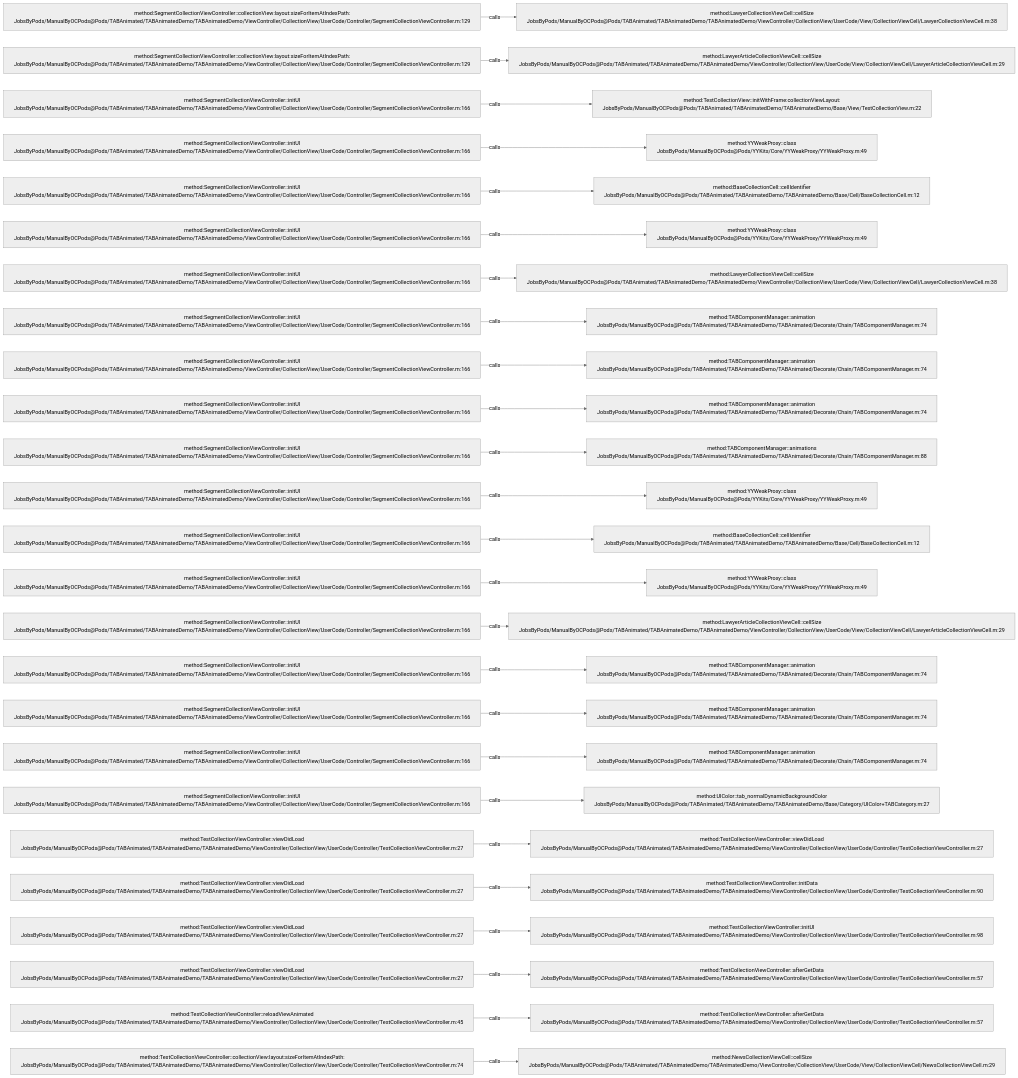
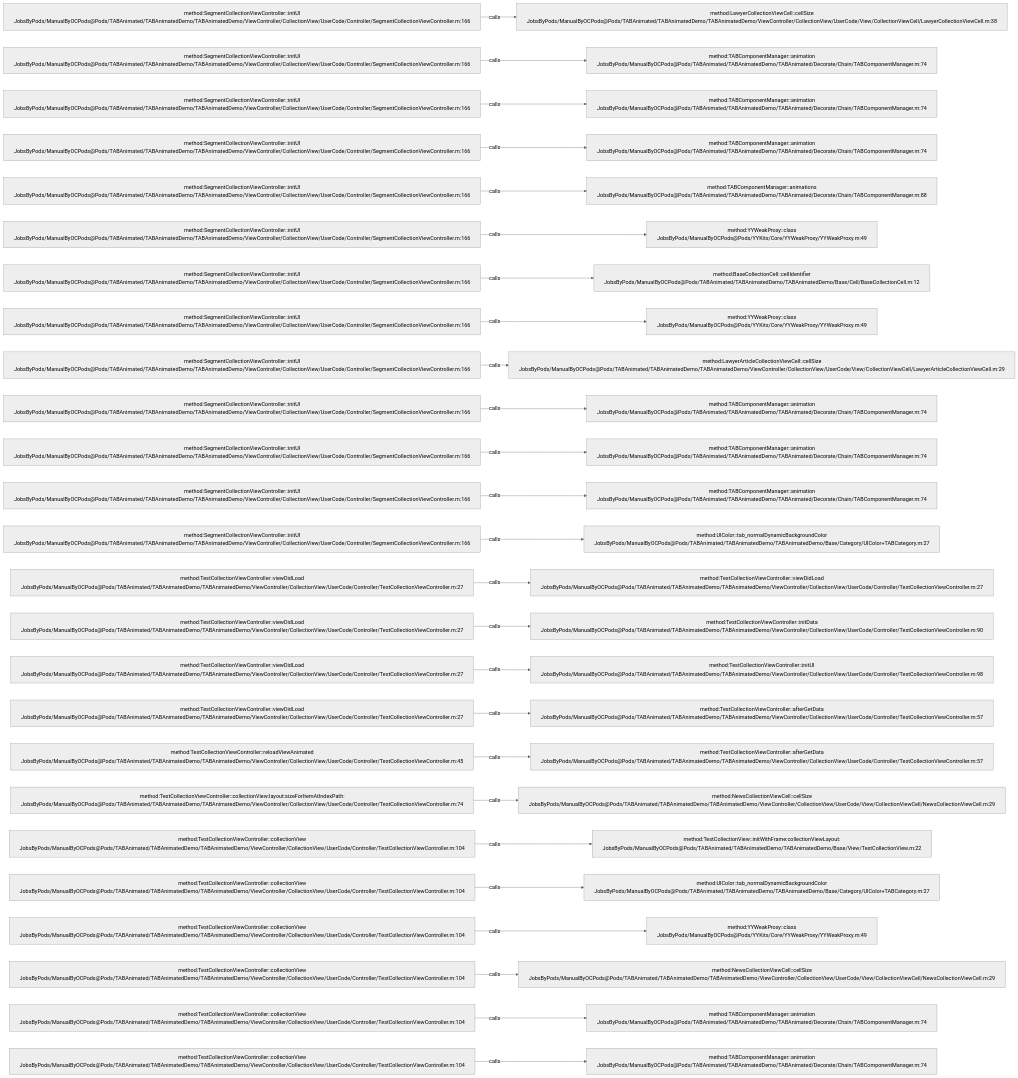
The diagram in .codegraph/codegraph.md/graphs/calls-044.md (JobsKits/JobsOCBaseConfigDemo), drawn with Mermaid (neutral theme) before and after one commit. The commit also changed 666 other files, not shown here.

````diff
--- a/.codegraph/codegraph.md/graphs/calls-044.md
+++ b/.codegraph/codegraph.md/graphs/calls-044.md
@@ -13,78 +13,78 @@
 ```mermaid
 flowchart LR
-  S1["method:SegmentCollectionViewController::collectionView:layout:sizeForItemAtIndexPath:<br/>JobsByPods/ManualByOCPods@Pods/TABAnimated/TABAnimatedDemo/TABAnimatedDemo/ViewController/CollectionView/UserCode/Controller/SegmentCollectionViewController.m:129"]
+  S1["method:SegmentCollectionViewController::initUI<br/>JobsByPods/ManualByOCPods@Pods/TABAnimated/TABAnimatedDemo/TABAnimatedDemo/ViewController/CollectionView/UserCode/Controller/SegmentCollectionViewController.m:166"]
   T1["method:LawyerCollectionViewCell::cellSize<br/>JobsByPods/ManualByOCPods@Pods/TABAnimated/TABAnimatedDemo/TABAnimatedDemo/ViewController/CollectionView/UserCode/View/CollectionViewCell/LawyerCollectionViewCell.m:38"]
   S1 -->|calls| T1
-  S2["method:SegmentCollectionViewController::collectionView:layout:sizeForItemAtIndexPath:<br/>JobsByPods/ManualByOCPods@Pods/TABAnimated/TABAnimatedDemo/TABAnimatedDemo/ViewController/CollectionView/UserCode/Controller/SegmentCollectionViewController.m:129"]
-  T2["method:LawyerArticleCollectionViewCell::cellSize<br/>JobsByPods/ManualByOCPods@Pods/TABAnimated/TABAnimatedDemo/TABAnimatedDemo/ViewController/CollectionView/UserCode/View/CollectionViewCell/LawyerArticleCollectionViewCell.m:29"]
+  S2["method:SegmentCollectionViewController::initUI<br/>JobsByPods/ManualByOCPods@Pods/TABAnimated/TABAnimatedDemo/TABAnimatedDemo/ViewController/CollectionView/UserCode/Controller/SegmentCollectionViewController.m:166"]
+  T2["method:TABComponentManager::animation<br/>JobsByPods/ManualByOCPods@Pods/TABAnimated/TABAnimatedDemo/TABAnimated/Decorate/Chain/TABComponentManager.m:74"]
   S2 -->|calls| T2
   S3["method:SegmentCollectionViewController::initUI<br/>JobsByPods/ManualByOCPods@Pods/TABAnimated/TABAnimatedDemo/TABAnimatedDemo/ViewController/CollectionView/UserCode/Controller/SegmentCollectionViewController.m:166"]
-  T3["method:TestCollectionView::initWithFrame:collectionViewLayout:<br/>JobsByPods/ManualByOCPods@Pods/TABAnimated/TABAnimatedDemo/TABAnimatedDemo/Base/View/TestCollectionView.m:22"]
+  T3["method:TABComponentManager::animation<br/>JobsByPods/ManualByOCPods@Pods/TABAnimated/TABAnimatedDemo/TABAnimated/Decorate/Chain/TABComponentManager.m:74"]
   S3 -->|calls| T3
   S4["method:SegmentCollectionViewController::initUI<br/>JobsByPods/ManualByOCPods@Pods/TABAnimated/TABAnimatedDemo/TABAnimatedDemo/ViewController/CollectionView/UserCode/Controller/SegmentCollectionViewController.m:166"]
-  T4["method:YYWeakProxy::class<br/>JobsByPods/ManualByOCPods@Pods/YYKits/Core/YYWeakProxy/YYWeakProxy.m:49"]
+  T4["method:TABComponentManager::animation<br/>JobsByPods/ManualByOCPods@Pods/TABAnimated/TABAnimatedDemo/TABAnimated/Decorate/Chain/TABComponentManager.m:74"]
   S4 -->|calls| T4
   S5["method:SegmentCollectionViewController::initUI<br/>JobsByPods/ManualByOCPods@Pods/TABAnimated/TABAnimatedDemo/TABAnimatedDemo/ViewController/CollectionView/UserCode/Controller/SegmentCollectionViewController.m:166"]
-  T5["method:BaseCollectionCell::cellIdentifier<br/>JobsByPods/ManualByOCPods@Pods/TABAnimated/TABAnimatedDemo/TABAnimatedDemo/Base/Cell/BaseCollectionCell.m:12"]
+  T5["method:TABComponentManager::animations<br/>JobsByPods/ManualByOCPods@Pods/TABAnimated/TABAnimatedDemo/TABAnimated/Decorate/Chain/TABComponentManager.m:88"]
   S5 -->|calls| T5
   S6["method:SegmentCollectionViewController::initUI<br/>JobsByPods/ManualByOCPods@Pods/TABAnimated/TABAnimatedDemo/TABAnimatedDemo/ViewController/CollectionView/UserCode/Controller/SegmentCollectionViewController.m:166"]
   T6["method:YYWeakProxy::class<br/>JobsByPods/ManualByOCPods@Pods/YYKits/Core/YYWeakProxy/YYWeakProxy.m:49"]
   S6 -->|calls| T6
   S7["method:SegmentCollectionViewController::initUI<br/>JobsByPods/ManualByOCPods@Pods/TABAnimated/TABAnimatedDemo/TABAnimatedDemo/ViewController/CollectionView/UserCode/Controller/SegmentCollectionViewController.m:166"]
-  T7["method:LawyerCollectionViewCell::cellSize<br/>JobsByPods/ManualByOCPods@Pods/TABAnimated/TABAnimatedDemo/TABAnimatedDemo/ViewController/CollectionView/UserCode/View/CollectionViewCell/LawyerCollectionViewCell.m:38"]
+  T7["method:BaseCollectionCell::cellIdentifier<br/>JobsByPods/ManualByOCPods@Pods/TABAnimated/TABAnimatedDemo/TABAnimatedDemo/Base/Cell/BaseCollectionCell.m:12"]
   S7 -->|calls| T7
   S8["method:SegmentCollectionViewController::initUI<br/>JobsByPods/ManualByOCPods@Pods/TABAnimated/TABAnimatedDemo/TABAnimatedDemo/ViewController/CollectionView/UserCode/Controller/SegmentCollectionViewController.m:166"]
-  T8["method:TABComponentManager::animation<br/>JobsByPods/ManualByOCPods@Pods/TABAnimated/TABAnimatedDemo/TABAnimated/Decorate/Chain/TABComponentManager.m:74"]
+  T8["method:YYWeakProxy::class<br/>JobsByPods/ManualByOCPods@Pods/YYKits/Core/YYWeakProxy/YYWeakProxy.m:49"]
   S8 -->|calls| T8
   S9["method:SegmentCollectionViewController::initUI<br/>JobsByPods/ManualByOCPods@Pods/TABAnimated/TABAnimatedDemo/TABAnimatedDemo/ViewController/CollectionView/UserCode/Controller/SegmentCollectionViewController.m:166"]
-  T9["method:TABComponentManager::animation<br/>JobsByPods/ManualByOCPods@Pods/TABAnimated/TABAnimatedDemo/TABAnimated/Decorate/Chain/TABComponentManager.m:74"]
+  T9["method:LawyerArticleCollectionViewCell::cellSize<br/>JobsByPods/ManualByOCPods@Pods/TABAnimated/TABAnimatedDemo/TABAnimatedDemo/ViewController/CollectionView/UserCode/View/CollectionViewCell/LawyerArticleCollectionViewCell.m:29"]
   S9 -->|calls| T9
   S10["method:SegmentCollectionViewController::initUI<br/>JobsByPods/ManualByOCPods@Pods/TABAnimated/TABAnimatedDemo/TABAnimatedDemo/ViewController/CollectionView/UserCode/Controller/SegmentCollectionViewController.m:166"]
   T10["method:TABComponentManager::animation<br/>JobsByPods/ManualByOCPods@Pods/TABAnimated/TABAnimatedDemo/TABAnimated/Decorate/Chain/TABComponentManager.m:74"]
   S10 -->|calls| T10
   S11["method:SegmentCollectionViewController::initUI<br/>JobsByPods/ManualByOCPods@Pods/TABAnimated/TABAnimatedDemo/TABAnimatedDemo/ViewController/CollectionView/UserCode/Controller/SegmentCollectionViewController.m:166"]
-  T11["method:TABComponentManager::animations<br/>JobsByPods/ManualByOCPods@Pods/TABAnimated/TABAnimatedDemo/TABAnimated/Decorate/Chain/TABComponentManager.m:88"]
+  T11["method:TABComponentManager::animation<br/>JobsByPods/ManualByOCPods@Pods/TABAnimated/TABAnimatedDemo/TABAnimated/Decorate/Chain/TABComponentManager.m:74"]
   S11 -->|calls| T11
   S12["method:SegmentCollectionViewController::initUI<br/>JobsByPods/ManualByOCPods@Pods/TABAnimated/TABAnimatedDemo/TABAnimatedDemo/ViewController/CollectionView/UserCode/Controller/SegmentCollectionViewController.m:166"]
-  T12["method:YYWeakProxy::class<br/>JobsByPods/ManualByOCPods@Pods/YYKits/Core/YYWeakProxy/YYWeakProxy.m:49"]
+  T12["method:TABComponentManager::animation<br/>JobsByPods/ManualByOCPods@Pods/TABAnimated/TABAnimatedDemo/TABAnimated/Decorate/Chain/TABComponentManager.m:74"]
   S12 -->|calls| T12
   S13["method:SegmentCollectionViewController::initUI<br/>JobsByPods/ManualByOCPods@Pods/TABAnimated/TABAnimatedDemo/TABAnimatedDemo/ViewController/CollectionView/UserCode/Controller/SegmentCollectionViewController.m:166"]
-  T13["method:BaseCollectionCell::cellIdentifier<br/>JobsByPods/ManualByOCPods@Pods/TABAnimated/TABAnimatedDemo/TABAnimatedDemo/Base/Cell/BaseCollectionCell.m:12"]
+  T13["method:UIColor::tab_normalDynamicBackgroundColor<br/>JobsByPods/ManualByOCPods@Pods/TABAnimated/TABAnimatedDemo/TABAnimatedDemo/Base/Category/UIColor+TABCategory.m:27"]
   S13 -->|calls| T13
-  S14["method:SegmentCollectionViewController::initUI<br/>JobsByPods/ManualByOCPods@Pods/TABAnimated/TABAnimatedDemo/TABAnimatedDemo/ViewController/CollectionView/UserCode/Controller/SegmentCollectionViewController.m:166"]
-  T14["method:YYWeakProxy::class<br/>JobsByPods/ManualByOCPods@Pods/YYKits/Core/YYWeakProxy/YYWeakProxy.m:49"]
+  S14["method:TestCollectionViewController::viewDidLoad<br/>JobsByPods/ManualByOCPods@Pods/TABAnimated/TABAnimatedDemo/TABAnimatedDemo/ViewController/CollectionView/UserCode/Controller/TestCollectionViewController.m:27"]
+  T14["method:TestCollectionViewController::viewDidLoad<br/>JobsByPods/ManualByOCPods@Pods/TABAnimated/TABAnimatedDemo/TABAnimatedDemo/ViewController/CollectionView/UserCode/Controller/TestCollectionViewController.m:27"]
   S14 -->|calls| T14
-  S15["method:SegmentCollectionViewController::initUI<br/>JobsByPods/ManualByOCPods@Pods/TABAnimated/TABAnimatedDemo/TABAnimatedDemo/ViewController/CollectionView/UserCode/Controller/SegmentCollectionViewController.m:166"]
-  T15["method:LawyerArticleCollectionViewCell::cellSize<br/>JobsByPods/ManualByOCPods@Pods/TABAnimated/TABAnimatedDemo/TABAnimatedDemo/ViewController/CollectionView/UserCode/View/CollectionViewCell/LawyerArticleCollectionViewCell.m:29"]
+  S15["method:TestCollectionViewController::viewDidLoad<br/>JobsByPods/ManualByOCPods@Pods/TABAnimated/TABAnimatedDemo/TABAnimatedDemo/ViewController/CollectionView/UserCode/Controller/TestCollectionViewController.m:27"]
+  T15["method:TestCollectionViewController::initData<br/>JobsByPods/ManualByOCPods@Pods/TABAnimated/TABAnimatedDemo/TABAnimatedDemo/ViewController/CollectionView/UserCode/Controller/TestCollectionViewController.m:90"]
   S15 -->|calls| T15
-  S16["method:SegmentCollectionViewController::initUI<br/>JobsByPods/ManualByOCPods@Pods/TABAnimated/TABAnimatedDemo/TABAnimatedDemo/ViewController/CollectionView/UserCode/Controller/SegmentCollectionViewController.m:166"]
-  T16["method:TABComponentManager::animation<br/>JobsByPods/ManualByOCPods@Pods/TABAnimated/TABAnimatedDemo/TABAnimated/Decorate/Chain/TABComponentManager.m:74"]
+  S16["method:TestCollectionViewController::viewDidLoad<br/>JobsByPods/ManualByOCPods@Pods/TABAnimated/TABAnimatedDemo/TABAnimatedDemo/ViewController/CollectionView/UserCode/Controller/TestCollectionViewController.m:27"]
+  T16["method:TestCollectionViewController::initUI<br/>JobsByPods/ManualByOCPods@Pods/TABAnimated/TABAnimatedDemo/TABAnimatedDemo/ViewController/CollectionView/UserCode/Controller/TestCollectionViewController.m:98"]
   S16 -->|calls| T16
-  S17["method:SegmentCollectionViewController::initUI<br/>JobsByPods/ManualByOCPods@Pods/TABAnimated/TABAnimatedDemo/TABAnimatedDemo/ViewController/CollectionView/UserCode/Controller/SegmentCollectionViewController.m:166"]
-  T17["method:TABComponentManager::animation<br/>JobsByPods/ManualByOCPods@Pods/TABAnimated/TABAnimatedDemo/TABAnimated/Decorate/Chain/TABComponentManager.m:74"]
+  S17["method:TestCollectionViewController::viewDidLoad<br/>JobsByPods/ManualByOCPods@Pods/TABAnimated/TABAnimatedDemo/TABAnimatedDemo/ViewController/CollectionView/UserCode/Controller/TestCollectionViewController.m:27"]
+  T17["method:TestCollectionViewController::afterGetData<br/>JobsByPods/ManualByOCPods@Pods/TABAnimated/TABAnimatedDemo/TABAnimatedDemo/ViewController/CollectionView/UserCode/Controller/TestCollectionViewController.m:57"]
   S17 -->|calls| T17
-  S18["method:SegmentCollectionViewController::initUI<br/>JobsByPods/ManualByOCPods@Pods/TABAnimated/TABAnimatedDemo/TABAnimatedDemo/ViewController/CollectionView/UserCode/Controller/SegmentCollectionViewController.m:166"]
-  T18["method:TABComponentManager::animation<br/>JobsByPods/ManualByOCPods@Pods/TABAnimated/TABAnimatedDemo/TABAnimated/Decorate/Chain/TABComponentManager.m:74"]
+  S18["method:TestCollectionViewController::reloadViewAnimated<br/>JobsByPods/ManualByOCPods@Pods/TABAnimated/TABAnimatedDemo/TABAnimatedDemo/ViewController/CollectionView/UserCode/Controller/TestCollectionViewController.m:45"]
+  T18["method:TestCollectionViewController::afterGetData<br/>JobsByPods/ManualByOCPods@Pods/TABAnimated/TABAnimatedDemo/TABAnimatedDemo/ViewController/CollectionView/UserCode/Controller/TestCollectionViewController.m:57"]
   S18 -->|calls| T18
-  S19["method:SegmentCollectionViewController::initUI<br/>JobsByPods/ManualByOCPods@Pods/TABAnimated/TABAnimatedDemo/TABAnimatedDemo/ViewController/CollectionView/UserCode/Controller/SegmentCollectionViewController.m:166"]
-  T19["method:UIColor::tab_normalDynamicBackgroundColor<br/>JobsByPods/ManualByOCPods@Pods/TABAnimated/TABAnimatedDemo/TABAnimatedDemo/Base/Category/UIColor+TABCategory.m:27"]
+  S19["method:TestCollectionViewController::collectionView:layout:sizeForItemAtIndexPath:<br/>JobsByPods/ManualByOCPods@Pods/TABAnimated/TABAnimatedDemo/TABAnimatedDemo/ViewController/CollectionView/UserCode/Controller/TestCollectionViewController.m:74"]
+  T19["method:NewsCollectionViewCell::cellSize<br/>JobsByPods/ManualByOCPods@Pods/TABAnimated/TABAnimatedDemo/TABAnimatedDemo/ViewController/CollectionView/UserCode/View/CollectionViewCell/NewsCollectionViewCell.m:29"]
   S19 -->|calls| T19
-  S20["method:TestCollectionViewController::viewDidLoad<br/>JobsByPods/ManualByOCPods@Pods/TABAnimated/TABAnimatedDemo/TABAnimatedDemo/ViewController/CollectionView/UserCode/Controller/TestCollectionViewController.m:27"]
-  T20["method:TestCollectionViewController::viewDidLoad<br/>JobsByPods/ManualByOCPods@Pods/TABAnimated/TABAnimatedDemo/TABAnimatedDemo/ViewController/CollectionView/UserCode/Controller/TestCollectionViewController.m:27"]
+  S20["method:TestCollectionViewController::collectionView<br/>JobsByPods/ManualByOCPods@Pods/TABAnimated/TABAnimatedDemo/TABAnimatedDemo/ViewController/CollectionView/UserCode/Controller/TestCollectionViewController.m:104"]
+  T20["method:TestCollectionView::initWithFrame:collectionViewLayout:<br/>JobsByPods/ManualByOCPods@Pods/TABAnimated/TABAnimatedDemo/TABAnimatedDemo/Base/View/TestCollectionView.m:22"]
   S20 -->|calls| T20
-  S21["method:TestCollectionViewController::viewDidLoad<br/>JobsByPods/ManualByOCPods@Pods/TABAnimated/TABAnimatedDemo/TABAnimatedDemo/ViewController/CollectionView/UserCode/Controller/TestCollectionViewController.m:27"]
-  T21["method:TestCollectionViewController::initData<br/>JobsByPods/ManualByOCPods@Pods/TABAnimated/TABAnimatedDemo/TABAnimatedDemo/ViewController/CollectionView/UserCode/Controller/TestCollectionViewController.m:90"]
+  S21["method:TestCollectionViewController::collectionView<br/>JobsByPods/ManualByOCPods@Pods/TABAnimated/TABAnimatedDemo/TABAnimatedDemo/ViewController/CollectionView/UserCode/Controller/TestCollectionViewController.m:104"]
+  T21["method:UIColor::tab_normalDynamicBackgroundColor<br/>JobsByPods/ManualByOCPods@Pods/TABAnimated/TABAnimatedDemo/TABAnimatedDemo/Base/Category/UIColor+TABCategory.m:27"]
   S21 -->|calls| T21
-  S22["method:TestCollectionViewController::viewDidLoad<br/>JobsByPods/ManualByOCPods@Pods/TABAnimated/TABAnimatedDemo/TABAnimatedDemo/ViewController/CollectionView/UserCode/Controller/TestCollectionViewController.m:27"]
-  T22["method:TestCollectionViewController::initUI<br/>JobsByPods/ManualByOCPods@Pods/TABAnimated/TABAnimatedDemo/TABAnimatedDemo/ViewController/CollectionView/UserCode/Controller/TestCollectionViewController.m:98"]
+  S22["method:TestCollectionViewController::collectionView<br/>JobsByPods/ManualByOCPods@Pods/TABAnimated/TABAnimatedDemo/TABAnimatedDemo/ViewController/CollectionView/UserCode/Controller/TestCollectionViewController.m:104"]
+  T22["method:YYWeakProxy::class<br/>JobsByPods/ManualByOCPods@Pods/YYKits/Core/YYWeakProxy/YYWeakProxy.m:49"]
   S22 -->|calls| T22
-  S23["method:TestCollectionViewController::viewDidLoad<br/>JobsByPods/ManualByOCPods@Pods/TABAnimated/TABAnimatedDemo/TABAnimatedDemo/ViewController/CollectionView/UserCode/Controller/TestCollectionViewController.m:27"]
-  T23["method:TestCollectionViewController::afterGetData<br/>JobsByPods/ManualByOCPods@Pods/TABAnimated/TABAnimatedDemo/TABAnimatedDemo/ViewController/CollectionView/UserCode/Controller/TestCollectionViewController.m:57"]
+  S23["method:TestCollectionViewController::collectionView<br/>JobsByPods/ManualByOCPods@Pods/TABAnimated/TABAnimatedDemo/TABAnimatedDemo/ViewController/CollectionView/UserCode/Controller/TestCollectionViewController.m:104"]
+  T23["method:NewsCollectionViewCell::cellSize<br/>JobsByPods/ManualByOCPods@Pods/TABAnimated/TABAnimatedDemo/TABAnimatedDemo/ViewController/CollectionView/UserCode/View/CollectionViewCell/NewsCollectionViewCell.m:29"]
   S23 -->|calls| T23
-  S24["method:TestCollectionViewController::reloadViewAnimated<br/>JobsByPods/ManualByOCPods@Pods/TABAnimated/TABAnimatedDemo/TABAnimatedDemo/ViewController/CollectionView/UserCode/Controller/TestCollectionViewController.m:45"]
-  T24["method:TestCollectionViewController::afterGetData<br/>JobsByPods/ManualByOCPods@Pods/TABAnimated/TABAnimatedDemo/TABAnimatedDemo/ViewController/CollectionView/UserCode/Controller/TestCollectionViewController.m:57"]
+  S24["method:TestCollectionViewController::collectionView<br/>JobsByPods/ManualByOCPods@Pods/TABAnimated/TABAnimatedDemo/TABAnimatedDemo/ViewController/CollectionView/UserCode/Controller/TestCollectionViewController.m:104"]
+  T24["method:TABComponentManager::animation<br/>JobsByPods/ManualByOCPods@Pods/TABAnimated/TABAnimatedDemo/TABAnimated/Decorate/Chain/TABComponentManager.m:74"]
   S24 -->|calls| T24
-  S25["method:TestCollectionViewController::collectionView:layout:sizeForItemAtIndexPath:<br/>JobsByPods/ManualByOCPods@Pods/TABAnimated/TABAnimatedDemo/TABAnimatedDemo/ViewController/CollectionView/UserCode/Controller/TestCollectionViewController.m:74"]
-  T25["method:NewsCollectionViewCell::cellSize<br/>JobsByPods/ManualByOCPods@Pods/TABAnimated/TABAnimatedDemo/TABAnimatedDemo/ViewController/CollectionView/UserCode/View/CollectionViewCell/NewsCollectionViewCell.m:29"]
+  S25["method:TestCollectionViewController::collectionView<br/>JobsByPods/ManualByOCPods@Pods/TABAnimated/TABAnimatedDemo/TABAnimatedDemo/ViewController/CollectionView/UserCode/Controller/TestCollectionViewController.m:104"]
+  T25["method:TABComponentManager::animation<br/>JobsByPods/ManualByOCPods@Pods/TABAnimated/TABAnimatedDemo/TABAnimated/Decorate/Chain/TABComponentManager.m:74"]
   S25 -->|calls| T25
 ```
````
